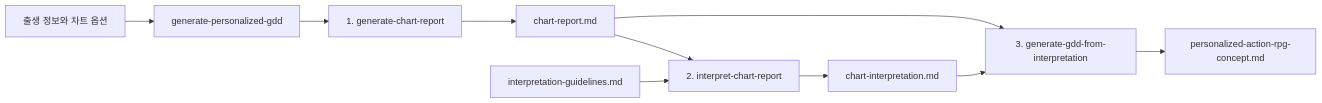
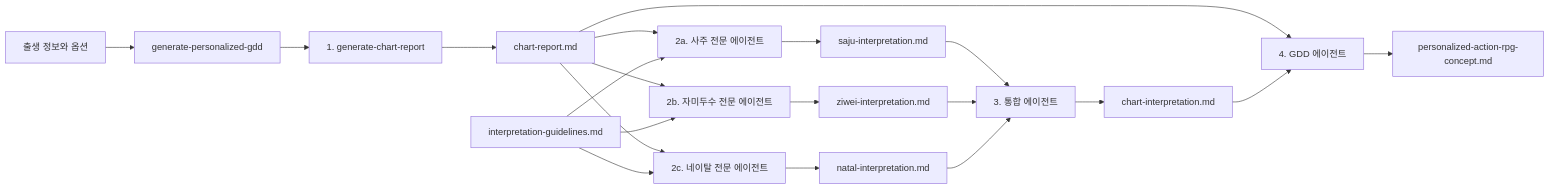
The diagram in docs/GDD/personalized-gdd-pipeline.md (arch-spatula/isekai-generator), drawn with Mermaid before and after one commit. The commit also changed other lines of this file and 22 other files, not shown here.

Commit message:
feat: split chart interpretation into specialist stages

````diff
--- a/docs/GDD/personalized-gdd-pipeline.md
+++ b/docs/GDD/personalized-gdd-pipeline.md
@@ -9,12 +9,22 @@
 ```mermaid
 flowchart LR
-    U[출생 정보와 차트 옵션] --> O[generate-personalized-gdd]
+    U[출생 정보와 옵션] --> O[generate-personalized-gdd]
     O --> C[1. generate-chart-report]
     C --> R[chart-report.md]
-    R --> I[2. interpret-chart-report]
-    G[interpretation-guidelines.md] --> I
+    R --> S[2a. 사주 전문 에이전트]
+    R --> Z[2b. 자미두수 전문 에이전트]
+    R --> N[2c. 네이탈 전문 에이전트]
+    G[interpretation-guidelines.md] --> S
+    G --> Z
+    G --> N
+    S --> SM[saju-interpretation.md]
+    Z --> ZM[ziwei-interpretation.md]
+    N --> NM[natal-interpretation.md]
+    SM --> I[3. 통합 에이전트]
+    ZM --> I
+    NM --> I
     I --> X[chart-interpretation.md]
-    R --> D[3. generate-gdd-from-interpretation]
+    R --> D[4. GDD 에이전트]
     X --> D
     D --> P[personalized-action-rpg-concept.md]
 ```
````
